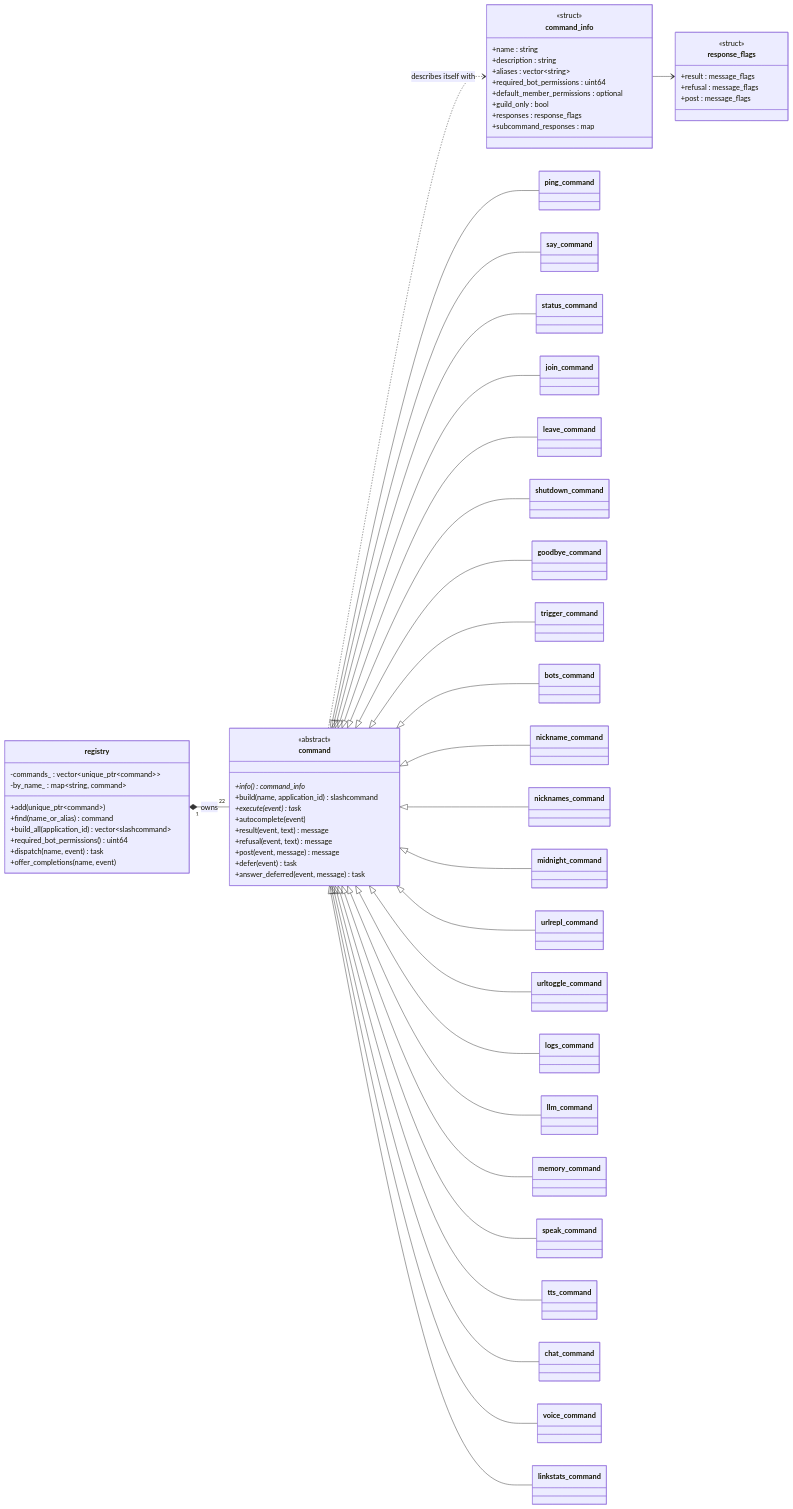
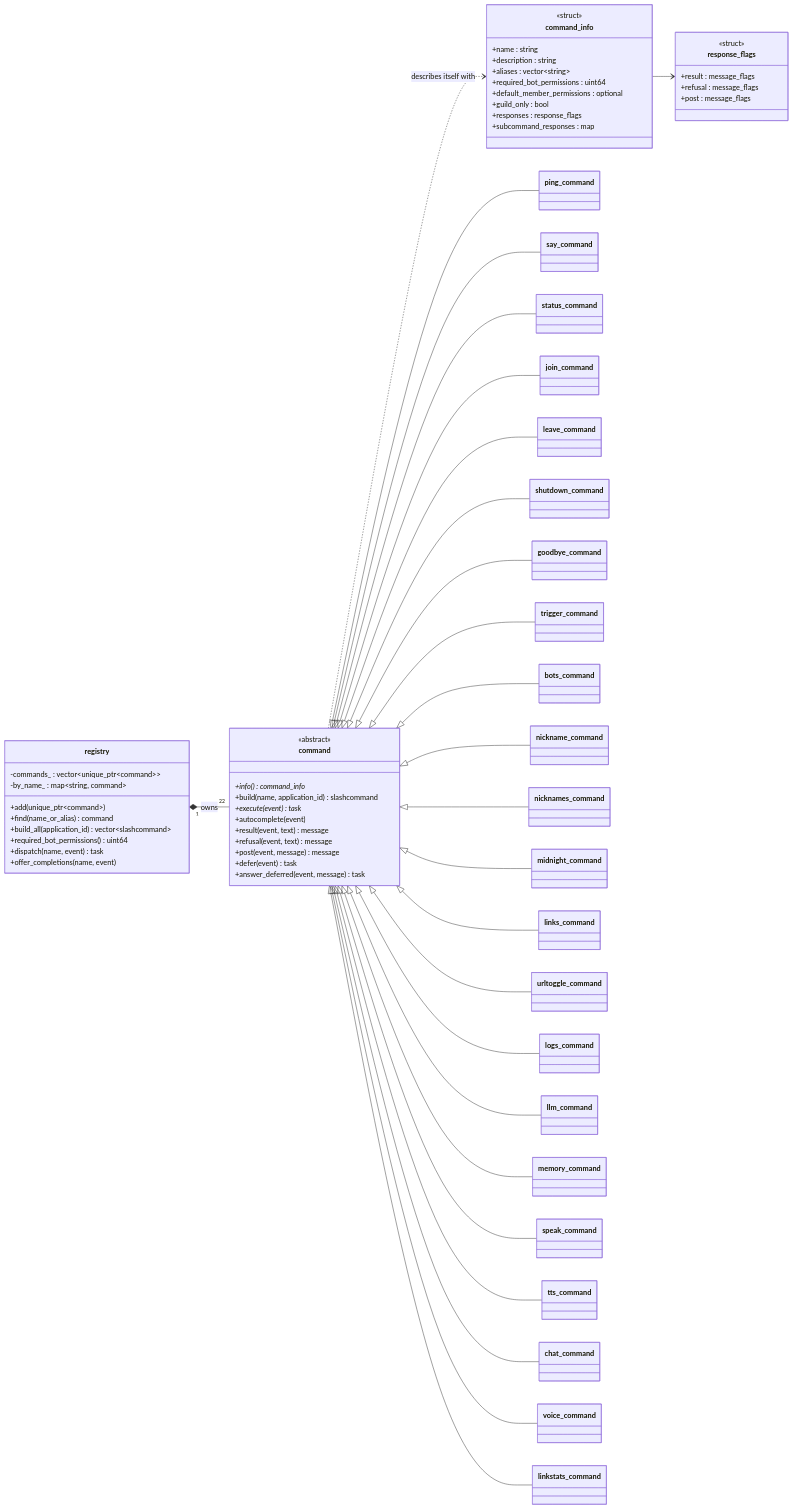
One commit to mhorn00/LatiBot-cpp changed the fourth of 13 diagrams in docs/architecture/Classes.md. Above: the diagram before and after it, drawn with Mermaid. The commit also changed other lines of this file and 13 other files, not shown here.

First line of the commit message:
feat(links): /urlrepl is /links

````diff
--- a/docs/architecture/Classes.md
+++ b/docs/architecture/Classes.md
@@ -299,71 +299,71 @@
 ```mermaid
 classDiagram
     direction LR
 
     class registry {
         -commands_ : vector~unique_ptr~command~~
         -by_name_ : map~string, command~
         +add(unique_ptr~command~)
         +find(name_or_alias) command
         +build_all(application_id) vector~slashcommand~
         +required_bot_permissions() uint64
         +dispatch(name, event) task
         +offer_completions(name, event)
     }
     class command {
         <<abstract>>
         +info()* command_info
         +build(name, application_id) slashcommand
         +execute(event)* task
         +autocomplete(event)
         +result(event, text) message
         +refusal(event, text) message
         +post(event, message) message
         +defer(event) task
         +answer_deferred(event, message) task
     }
     class command_info {
         <<struct>>
         +name : string
         +description : string
         +aliases : vector~string~
         +required_bot_permissions : uint64
         +default_member_permissions : optional
         +guild_only : bool
         +responses : response_flags
         +subcommand_responses : map
     }
     class response_flags {
         <<struct>>
         +result : message_flags
         +refusal : message_flags
         +post : message_flags
     }
 
     registry "1" *-- "22" command : owns
     command ..> command_info : describes itself with
     command_info --> response_flags
 
     command <|-- ping_command
     command <|-- say_command
     command <|-- status_command
     command <|-- join_command
     command <|-- leave_command
     command <|-- shutdown_command
     command <|-- goodbye_command
     command <|-- trigger_command
     command <|-- bots_command
     command <|-- nickname_command
     command <|-- nicknames_command
     command <|-- midnight_command
-    command <|-- urlrepl_command
+    command <|-- links_command
     command <|-- urltoggle_command
     command <|-- logs_command
     command <|-- llm_command
     command <|-- memory_command
     command <|-- speak_command
     command <|-- tts_command
     command <|-- chat_command
     command <|-- voice_command
     command <|-- linkstats_command
 ```
````
